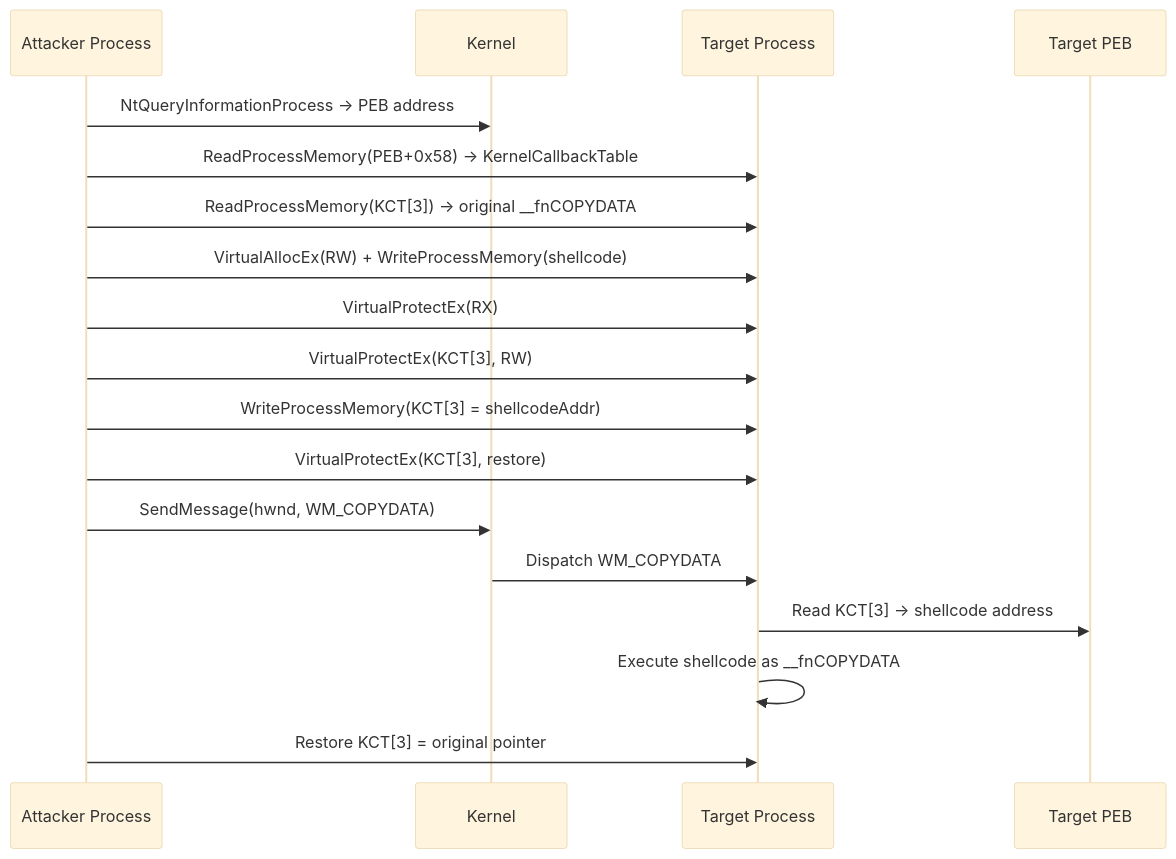
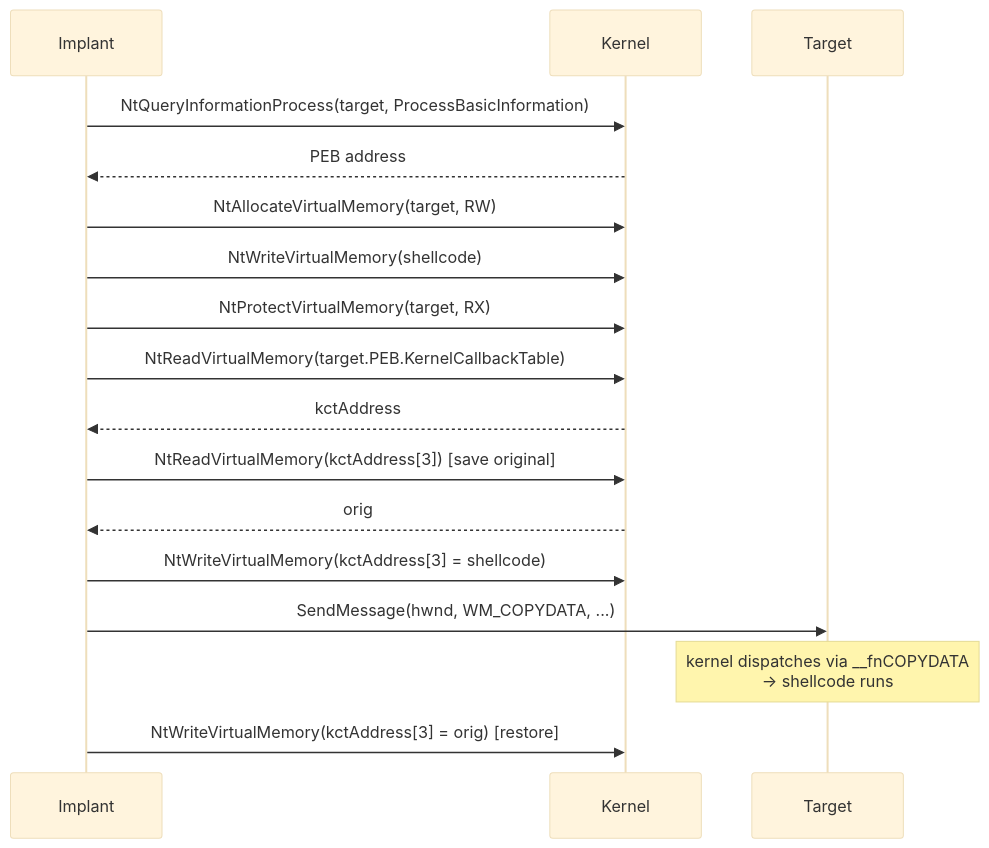
Before and after one commit to oioio-space/maldev: the diagram in docs/techniques/injection/kernel-callback-table.md, drawn with Mermaid (base theme). The commit also changed other lines of this file and 2 other files, not shown here.

````diff
--- a/docs/techniques/injection/kernel-callback-table.md
+++ b/docs/techniques/injection/kernel-callback-table.md
@@ -15,25 +45,26 @@
 ```mermaid
 sequenceDiagram
-    participant Attacker as Attacker Process
-    participant Kernel as Kernel
-    participant Target as Target Process
-    participant PEB as Target PEB
+    participant Impl as Implant
+    participant Kern as Kernel
+    participant Tgt as Target
 
-    Attacker->>Kernel: NtQueryInformationProcess → PEB address
-    Attacker->>Target: ReadProcessMemory(PEB+0x58) → KernelCallbackTable
-    Attacker->>Target: ReadProcessMemory(KCT[3]) → original __fnCOPYDATA
+    Impl->>Kern: NtQueryInformationProcess(target, ProcessBasicInformation)
+    Kern-->>Impl: PEB address
 
-    Attacker->>Target: VirtualAllocEx(RW) + WriteProcessMemory(shellcode)
-    Attacker->>Target: VirtualProtectEx(RX)
+    Impl->>Kern: NtAllocateVirtualMemory(target, RW)
+    Impl->>Kern: NtWriteVirtualMemory(shellcode)
+    Impl->>Kern: NtProtectVirtualMemory(target, RX)
 
-    Attacker->>Target: VirtualProtectEx(KCT[3], RW)
-    Attacker->>Target: WriteProcessMemory(KCT[3] = shellcodeAddr)
-    Attacker->>Target: VirtualProtectEx(KCT[3], restore)
+    Impl->>Kern: NtReadVirtualMemory(target.PEB.KernelCallbackTable)
+    Kern-->>Impl: kctAddress
 
-    Attacker->>Kernel: SendMessage(hwnd, WM_COPYDATA)
-    Kernel->>Target: Dispatch WM_COPYDATA
-    Target->>PEB: Read KCT[3] → shellcode address
-    Target->>Target: Execute shellcode as __fnCOPYDATA
+    Impl->>Kern: NtReadVirtualMemory(kctAddress[3]) [save original]
+    Kern-->>Impl: orig
 
-    Attacker->>Target: Restore KCT[3] = original pointer
+    Impl->>Kern: NtWriteVirtualMemory(kctAddress[3] = shellcode)
+
+    Impl->>Tgt: SendMessage(hwnd, WM_COPYDATA, ...)
+    Note over Tgt: kernel dispatches via __fnCOPYDATA<br/>→ shellcode runs
+
+    Impl->>Kern: NtWriteVirtualMemory(kctAddress[3] = orig) [restore]
 ```
````
